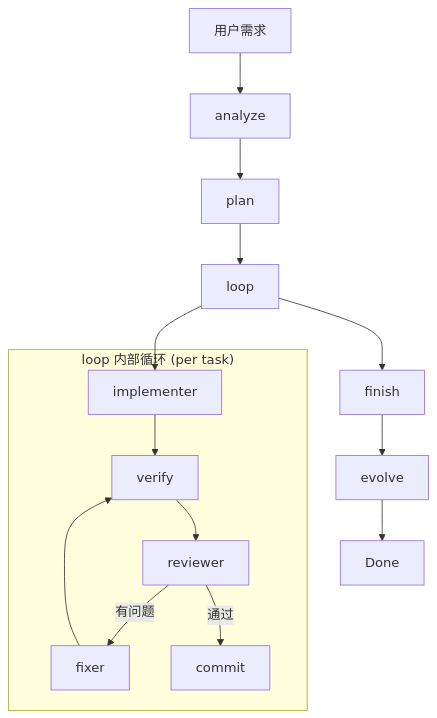
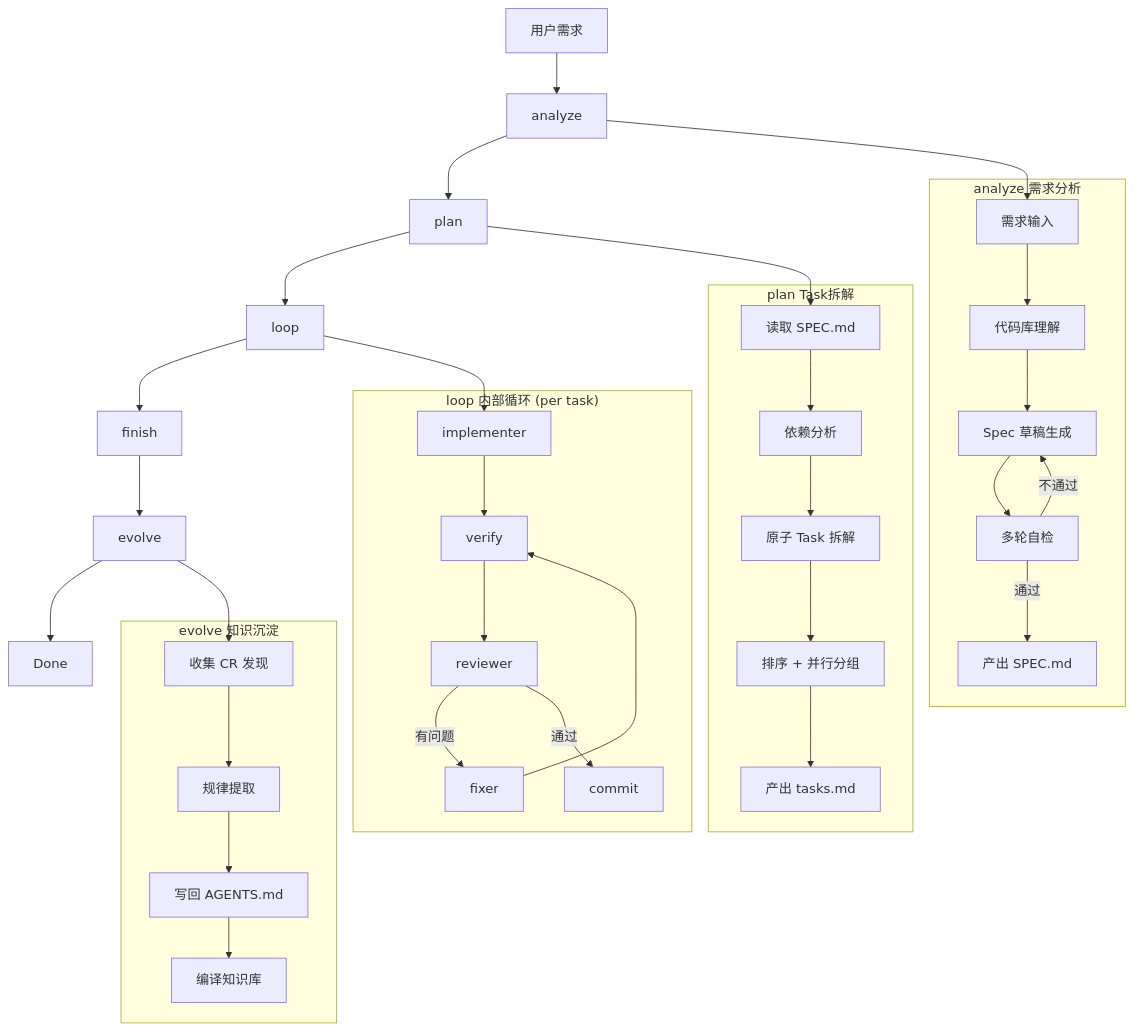
One commit to neilluo/neil-coding-autopilot changed the diagram in README.md. Above: the diagram before and after it, drawn with Mermaid.

Commit message:
docs: add analyze/plan/evolve subgraphs to architecture diagram

````diff
--- a/README.md
+++ b/README.md
@@ -11,19 +11,43 @@
 ```mermaid
 graph TB
     U[用户需求] --> A[analyze]
     A --> P[plan]
     P --> L[loop]
     L --> F[finish]
     F --> E[evolve]
     E --> D[Done]
 
+    subgraph "analyze 需求分析"
+        A1[需求输入] --> A2[代码库理解]
+        A2 --> A3[Spec 草稿生成]
+        A3 --> A4[多轮自检]
+        A4 -->|不通过| A3
+        A4 -->|通过| A5[产出 SPEC.md]
+    end
+
+    subgraph "plan Task拆解"
+        P1[读取 SPEC.md] --> P2[依赖分析]
+        P2 --> P3[原子 Task 拆解]
+        P3 --> P4[排序 + 并行分组]
+        P4 --> P5[产出 tasks.md]
+    end
+
     subgraph "loop 内部循环 (per task)"
         I[implementer] --> V[verify]
         V --> R[reviewer]
         R -->|有问题| FX[fixer]
         FX --> V
         R -->|通过| C[commit]
     end
 
+    subgraph "evolve 知识沉淀"
+        E1[收集 CR 发现] --> E2[规律提取]
+        E2 --> E3[写回 AGENTS.md]
+        E3 --> E4[编译知识库]
+    end
+
+    A --> A1
+    P --> P1
     L --> I
+    E --> E1
 ```
````
